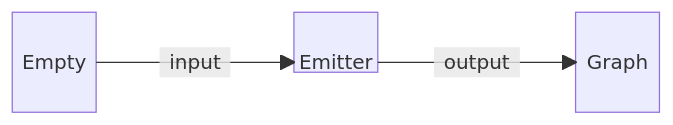
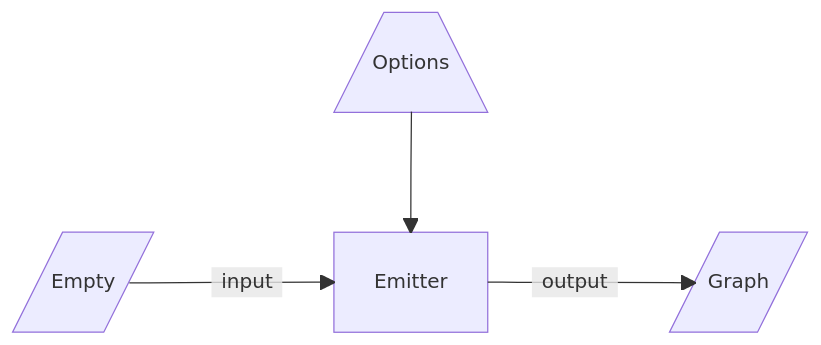
One commit to asimov-specs/asimov-specs changed the diagram in program-patterns/diagrams/emitter.mmd. Above: the diagram before and after it, drawn with Mermaid. The commit also changed 19 other files, not shown here.

Commit message:
Enhance the data flow diagrams.

```diff
--- a/program-patterns/diagrams/emitter.mmd
+++ b/program-patterns/diagrams/emitter.mmd
@@ -1,11 +1,19 @@
+---
+title: Data flow for emitters
+---
 block-beta
-    columns 7
-    Empty space:2 Emitter space:2 Graph
-    Empty-- "input" -->Emitter
-    Emitter-- "output" -->Graph
+  classDef block height:48px,padding:8px;
 
-    classDef block height:48px,padding:8px;
-    classDef hidden visibility:none;
-    class Emitter block
-    class Empty hidden
-    class Graph hidden
+  columns 5
+  space:2 Options space:2
+  space:5
+  Input space Program space Output
+
+  Options --> Program
+  Input-- "input" -->Program
+  Program-- "output" -->Output
+
+  Options[/"Options"\]
+  Program["Emitter"]
+  Input[/"Empty"/]
+  Output[/"Graph"/]
```
